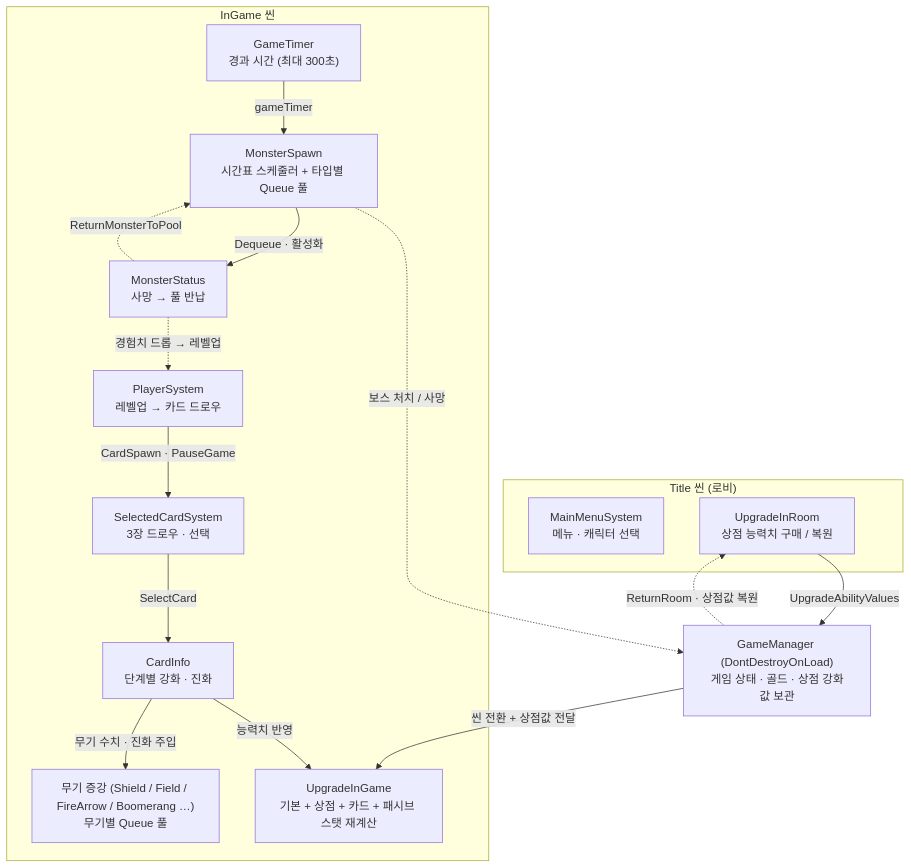
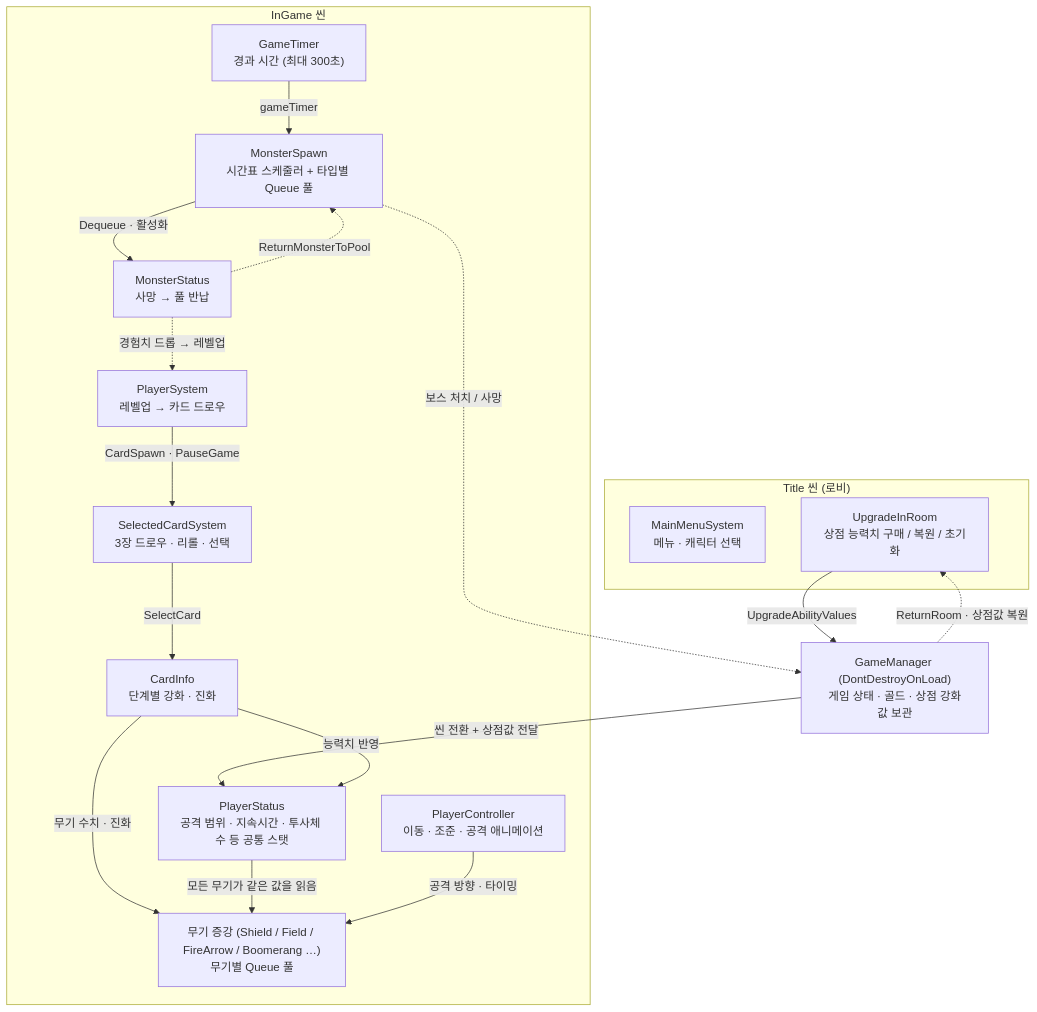
The first of 10 diagrams in src/03-dgs/기술문서.md (NaJungWon/portfolio), drawn with Mermaid before and after one commit. The commit also changed other lines of this file and 4 other files, not shown here.

````diff
--- a/src/03-dgs/기술문서.md
+++ b/src/03-dgs/기술문서.md
@@ -72,33 +79,36 @@
 ```mermaid
 flowchart TB
     subgraph LOBBY["Title 씬 (로비)"]
         MM["MainMenuSystem<br/>메뉴 · 캐릭터 선택"]
-        SHOP["UpgradeInRoom<br/>상점 능력치 구매 / 복원"]
+        SHOP["UpgradeInRoom<br/>상점 능력치 구매 / 복원 / 초기화"]
     end
 
     GM["GameManager (DontDestroyOnLoad)<br/>게임 상태 · 골드 · 상점 강화값 보관"]
 
     subgraph BATTLE["InGame 씬"]
+        PC["PlayerController<br/>이동 · 조준 · 공격 애니메이션"]
         GT["GameTimer<br/>경과 시간 (최대 300초)"]
         MS["MonsterSpawn<br/>시간표 스케줄러 + 타입별 Queue 풀"]
         MST["MonsterStatus<br/>사망 → 풀 반납"]
         PSYS["PlayerSystem<br/>레벨업 → 카드 드로우"]
-        SCS["SelectedCardSystem<br/>3장 드로우 · 선택"]
+        SCS["SelectedCardSystem<br/>3장 드로우 · 리롤 · 선택"]
         CI["CardInfo<br/>단계별 강화 · 진화"]
         W["무기 증강 (Shield / Field / FireArrow / Boomerang …)<br/>무기별 Queue 풀"]
-        UG["UpgradeInGame<br/>기본 + 상점 + 카드 + 패시브 스탯 재계산"]
+        PST["PlayerStatus<br/>공격 범위 · 지속시간 · 투사체 수 등 공통 스탯"]
     end
 
     SHOP -->|"UpgradeAbilityValues"| GM
-    GM -->|"씬 전환 + 상점값 전달"| UG
+    GM -->|"씬 전환 + 상점값 전달"| PST
     GT -->|"gameTimer"| MS
     MS -->|"Dequeue · 활성화"| MST
     MST -.->|"ReturnMonsterToPool"| MS
     MST -.->|"경험치 드롭 → 레벨업"| PSYS
     PSYS -->|"CardSpawn · PauseGame"| SCS
     SCS -->|"SelectCard"| CI
-    CI -->|"무기 수치 · 진화 주입"| W
-    CI -->|"능력치 반영"| UG
+    CI -->|"무기 수치 · 진화"| W
+    CI -->|"능력치 반영"| PST
+    PST -->|"모든 무기가 같은 값을 읽음"| W
+    PC -->|"공격 방향 · 타이밍"| W
     MS -.->|"보스 처치 / 사망"| GM
     GM -.->|"ReturnRoom · 상점값 복원"| SHOP
 ```
````
